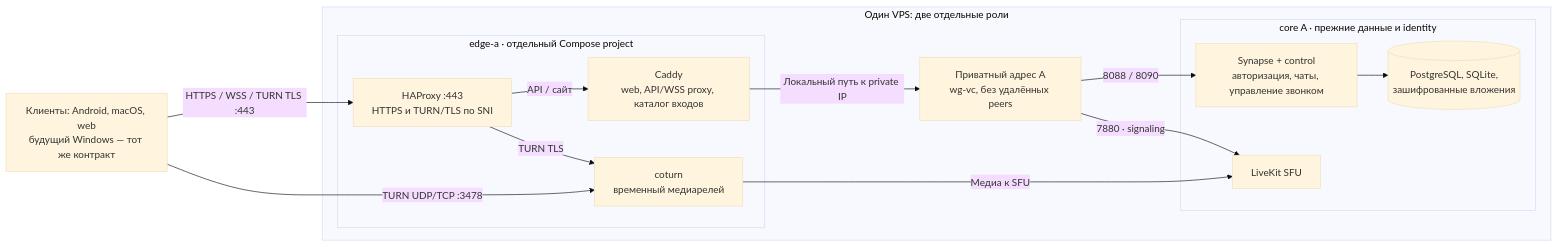
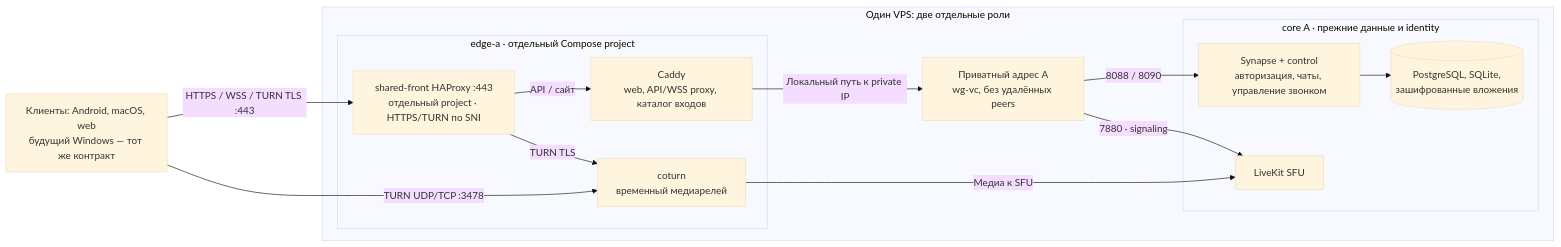
The first of 4 diagrams in docs/architecture/network-topology.md (kerbermeister/voicechat), drawn with Mermaid (base theme) before and after one commit. The commit also changed other lines of this file and 13 other files, not shown here.

````diff
--- a/docs/architecture/network-topology.md
+++ b/docs/architecture/network-topology.md
@@ -12,26 +12,26 @@
 ```mermaid
 flowchart LR
     U["Клиенты: Android, macOS, web<br/>будущий Windows — тот же контракт"]
     subgraph VPS["Один VPS: две отдельные роли"]
+        I["shared-front HAProxy :443<br/>отдельный project · HTTPS/TURN по SNI"]
         subgraph E["edge-a · отдельный Compose project"]
-            I["HAProxy :443<br/>HTTPS и TURN/TLS по SNI"]
             W["Caddy<br/>web, API/WSS proxy, каталог входов"]
             T["coturn<br/>временный медиарелей"]
             I -->|"API / сайт"| W
             I -->|"TURN TLS"| T
         end
         P["Приватный адрес A<br/>wg-vc, без удалённых peers"]
         subgraph A["core A · прежние данные и identity"]
             API["Synapse + control<br/>авторизация, чаты, управление звонком"]
             SFU["LiveKit SFU"]
             DB[("PostgreSQL, SQLite,<br/>зашифрованные вложения")]
             API --> DB
         end
         W -->|"Локальный путь к private IP"| P
         P -->|"8088 / 8090"| API
         P -->|"7880 · signaling"| SFU
         T -->|"Медиа к SFU"| SFU
     end
     U -->|"HTTPS / WSS / TURN TLS :443"| I
     U -->|"TURN UDP/TCP :3478"| T
 ```
````
